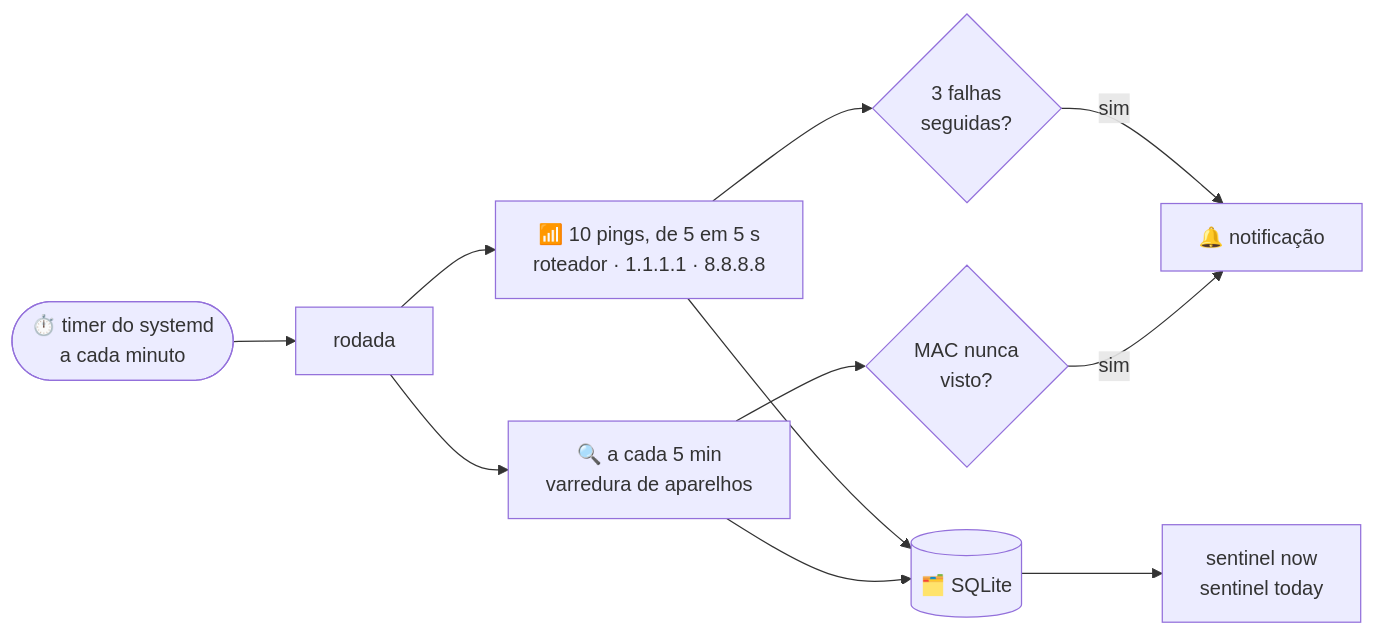
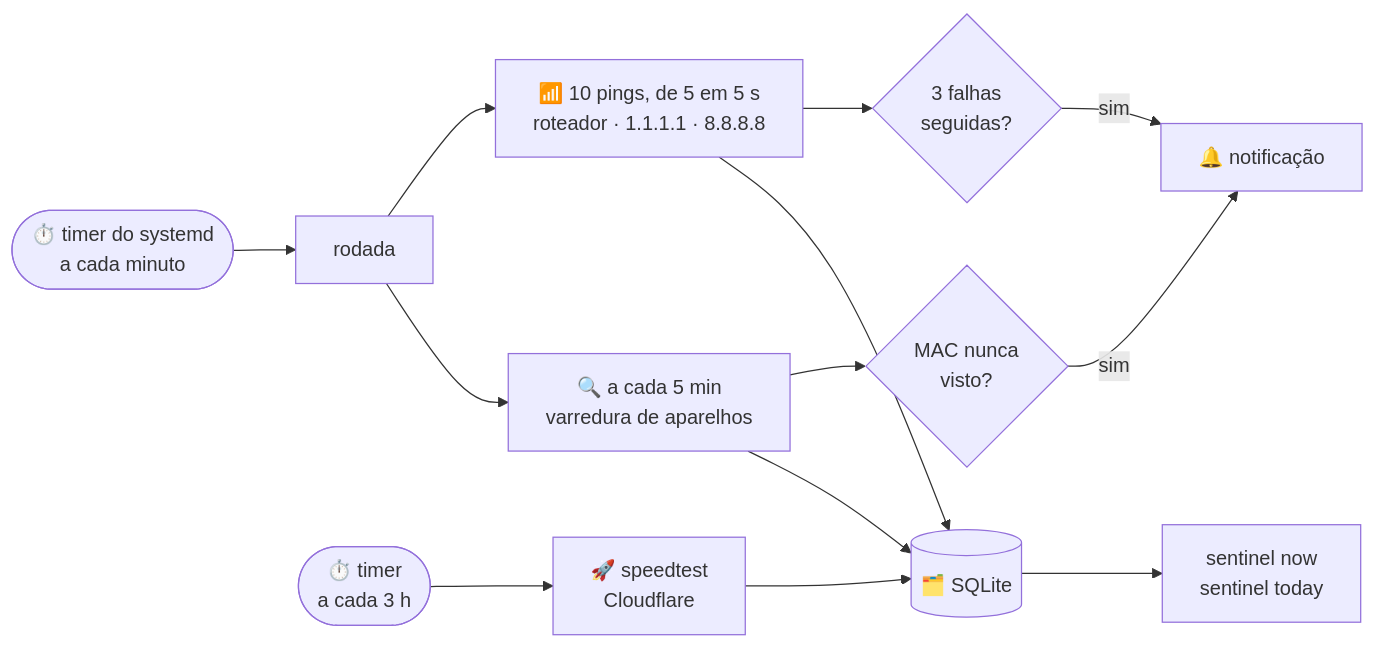
One commit to eduviictor/sentinel changed the diagram in README.md. Above: the diagram before and after it, drawn with Mermaid. The commit also changed other lines of this file and 4 other files, not shown here.

````diff
--- a/README.md
+++ b/README.md
@@ -71,13 +74,15 @@
 ```mermaid
 flowchart LR
     T([⏱️ timer do systemd<br/>a cada minuto]) --> R[rodada]
+    S([⏱️ timer<br/>a cada 3 h]) --> ST[🚀 speedtest<br/>Cloudflare]
+    ST --> DB
     R --> P[📶 10 pings, de 5 em 5 s<br/>roteador · 1.1.1.1 · 8.8.8.8]
     R --> V[🔍 a cada 5 min<br/>varredura de aparelhos]
     P --> Q{3 falhas<br/>seguidas?}
     Q -- sim --> N[🔔 notificação]
     V --> A{MAC nunca<br/>visto?}
     A -- sim --> N
     P --> DB[(🗂️ SQLite)]
     V --> DB
     DB --> C[sentinel now<br/>sentinel today]
 ```
````
